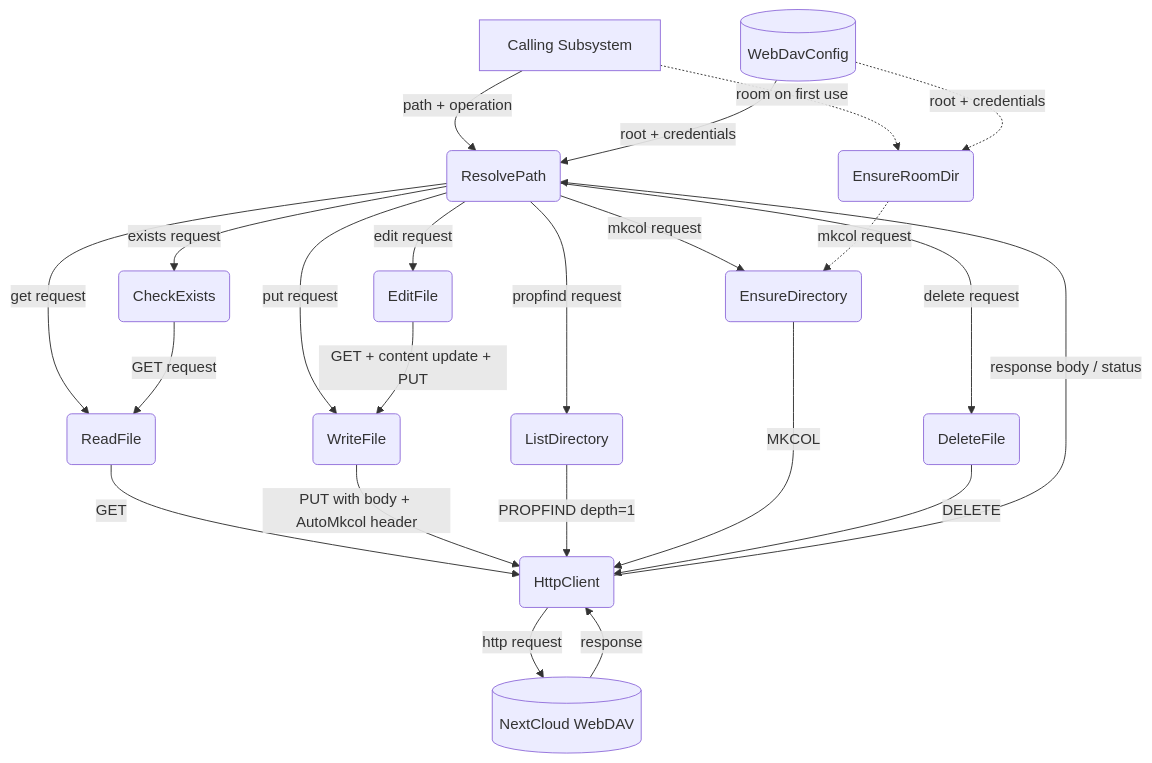
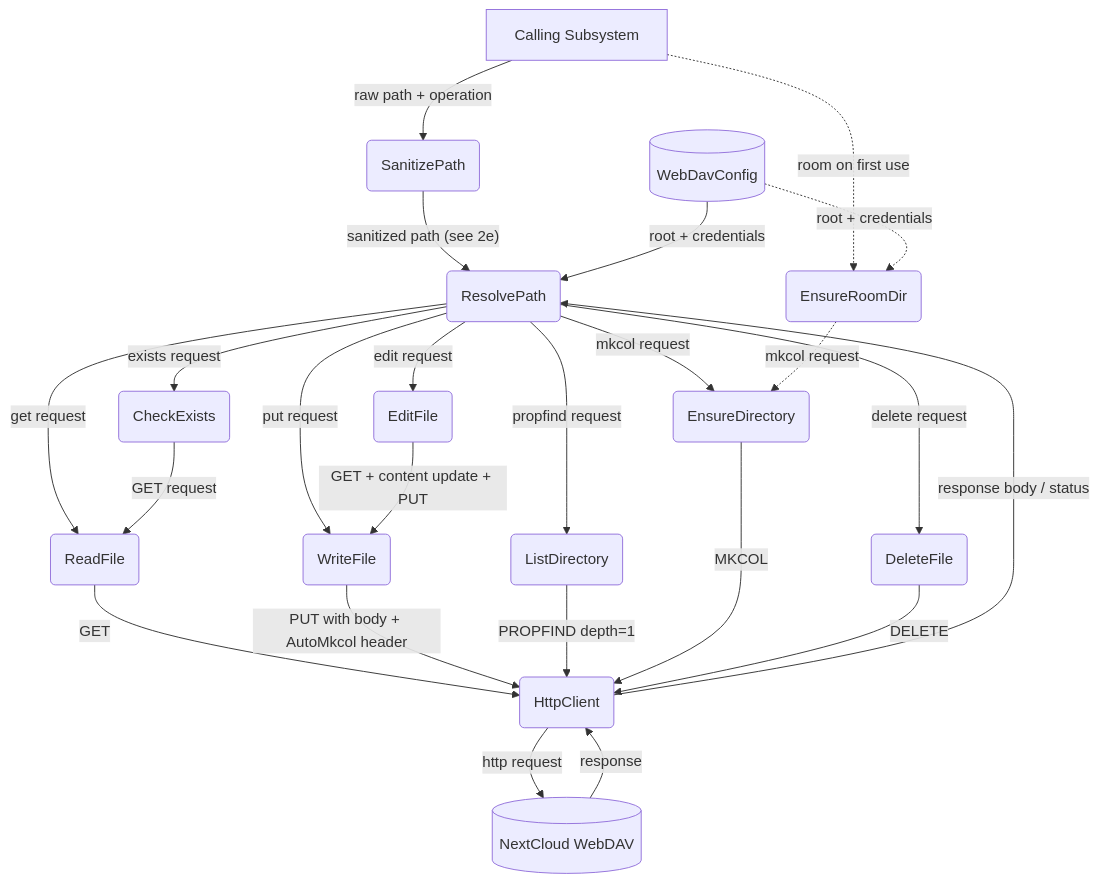
Before and after one commit to cosmoswafer/rockbot: the first of 5 diagrams in _dfd/tools/webdav.md, drawn with Mermaid. The commit also changed other lines of this file, not shown here.

First line of the commit message:
dfd: document webdav path sanitization hardening (defense-in-depth)

````diff
--- a/_dfd/tools/webdav.md
+++ b/_dfd/tools/webdav.md
@@ -42,39 +48,41 @@
 ```mermaid
 flowchart TD
     CALLER[Calling Subsystem]
     CFG[(WebDavConfig)]
+    SANITIZE(SanitizePath)
     RESOLVE(ResolvePath)
     READ(ReadFile)
     WRITE(WriteFile)
     LIST(ListDirectory)
     MKDIR(EnsureDirectory)
     DELETE(DeleteFile)
     EDIT(EditFile)
     EXISTS(CheckExists)
     ENSURE(EnsureRoomDir)
     HTTP(HttpClient)
     NC[(NextCloud WebDAV)]
 
-    CALLER -->|"path + operation"| RESOLVE
+    CALLER -->|"raw path + operation"| SANITIZE
+    SANITIZE -->|"sanitized path (see 2e)"| RESOLVE
     CALLER -.->|"room on first use"| ENSURE
     CFG -->|"root + credentials"| RESOLVE
     CFG -.->|"root + credentials"| ENSURE
     RESOLVE -->|"get request"| READ
     RESOLVE -->|"put request"| WRITE
     RESOLVE -->|"propfind request"| LIST
     RESOLVE -->|"mkcol request"| MKDIR
     RESOLVE -->|"delete request"| DELETE
     RESOLVE -->|"edit request"| EDIT
     RESOLVE -->|"exists request"| EXISTS
     EDIT -->|"GET + content update + PUT"| WRITE
     EXISTS -->|"GET request"| READ
     ENSURE -.->|"mkcol request"| MKDIR
     READ -->|"GET"| HTTP
     WRITE -->|"PUT with body + AutoMkcol header"| HTTP
     LIST -->|"PROPFIND depth=1"| HTTP
     MKDIR -->|"MKCOL"| HTTP
     DELETE -->|"DELETE"| HTTP
     HTTP -->|"http request"| NC
     NC -->|"response"| HTTP
     HTTP -->|"response body / status"| RESOLVE
 ```
````
